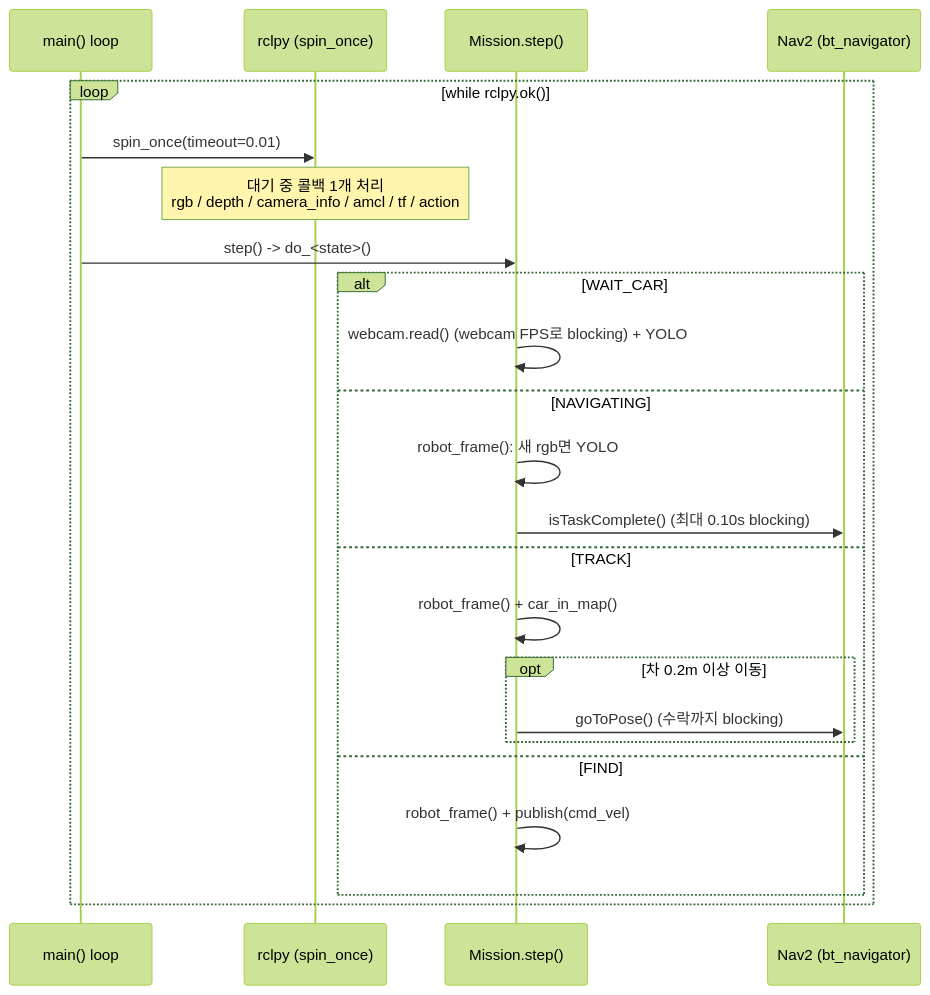
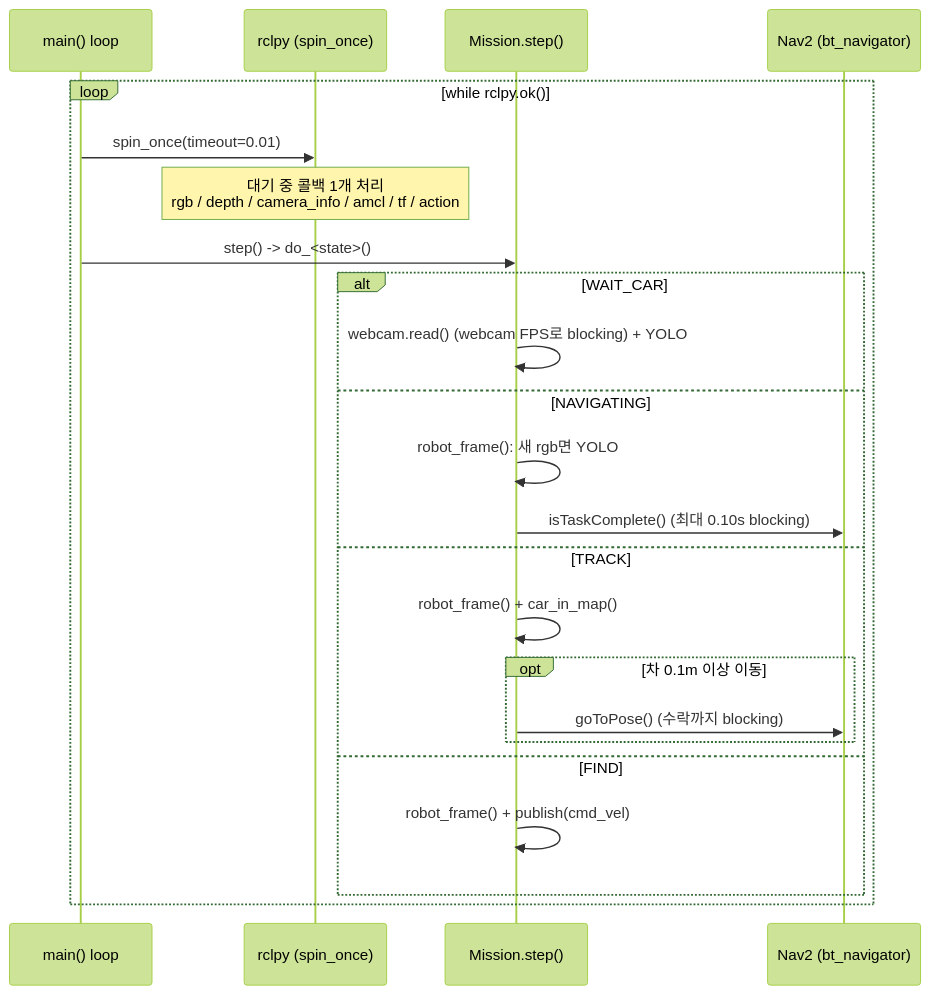
The sixth of 7 diagrams in docs/architecture.md (choicsh/cobot4_ws_miniproject), drawn with Mermaid (forest theme) before and after one commit. The commit also changed other lines of this file and 3 other files, not shown here.

````diff
--- a/docs/architecture.md
+++ b/docs/architecture.md
@@ -182,26 +182,26 @@
 ```mermaid
 sequenceDiagram
     participant L as main() loop
     participant E as rclpy (spin_once)
     participant M as Mission.step()
     participant N as Nav2 (bt_navigator)
 
     loop while rclpy.ok()
         L->>E: spin_once(timeout=0.01)
         Note over E: 대기 중 콜백 1개 처리<br/>rgb / depth / camera_info / amcl / tf / action
         L->>M: step() -> do_<state>()
         alt WAIT_CAR
             M->>M: webcam.read() (webcam FPS로 blocking) + YOLO
         else NAVIGATING
             M->>M: robot_frame(): 새 rgb면 YOLO
             M->>N: isTaskComplete() (최대 0.10s blocking)
         else TRACK
             M->>M: robot_frame() + car_in_map()
-            opt 차 0.2m 이상 이동
+            opt 차 0.1m 이상 이동
                 M->>N: goToPose() (수락까지 blocking)
             end
         else FIND
             M->>M: robot_frame() + publish(cmd_vel)
         end
     end
 ```
````
